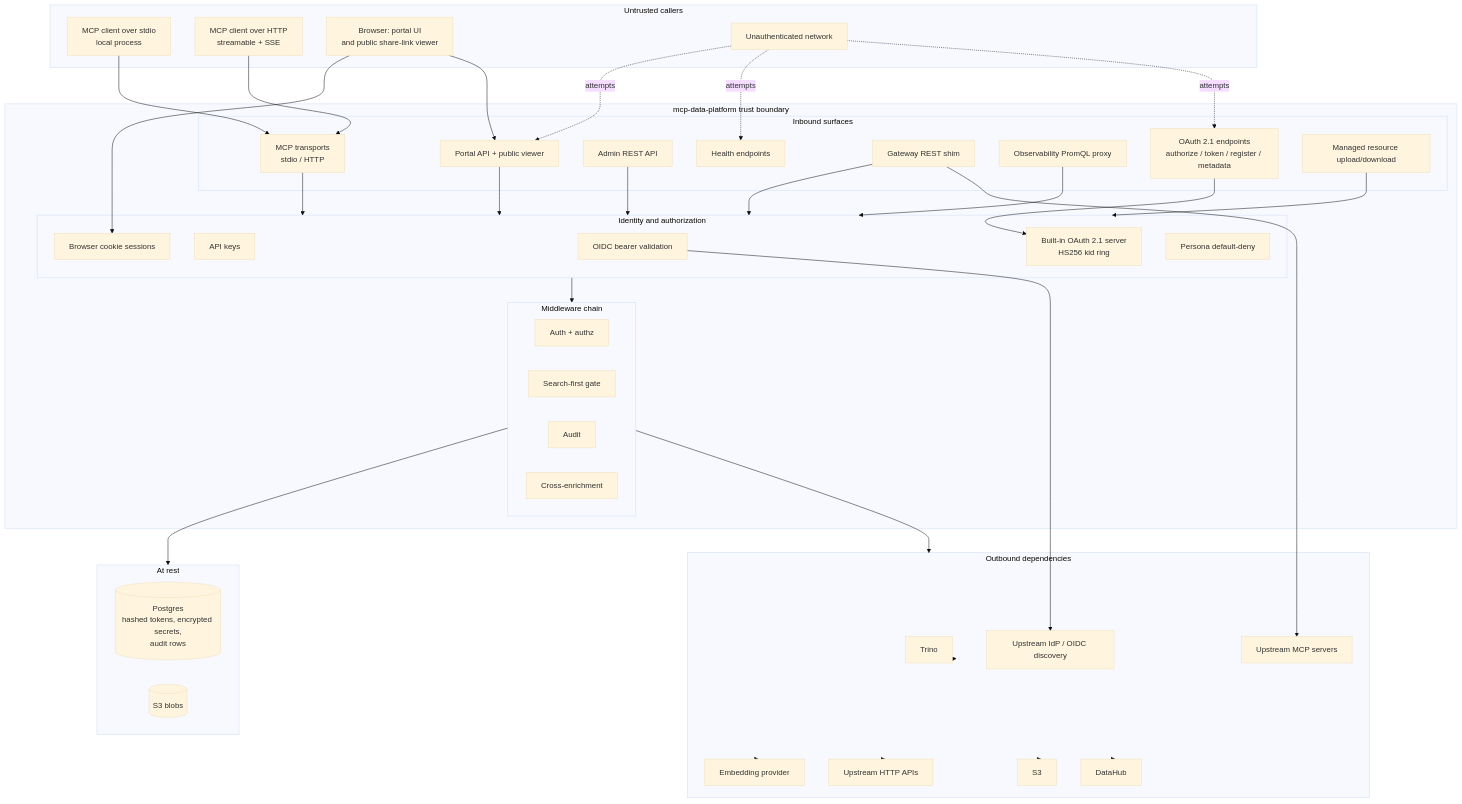
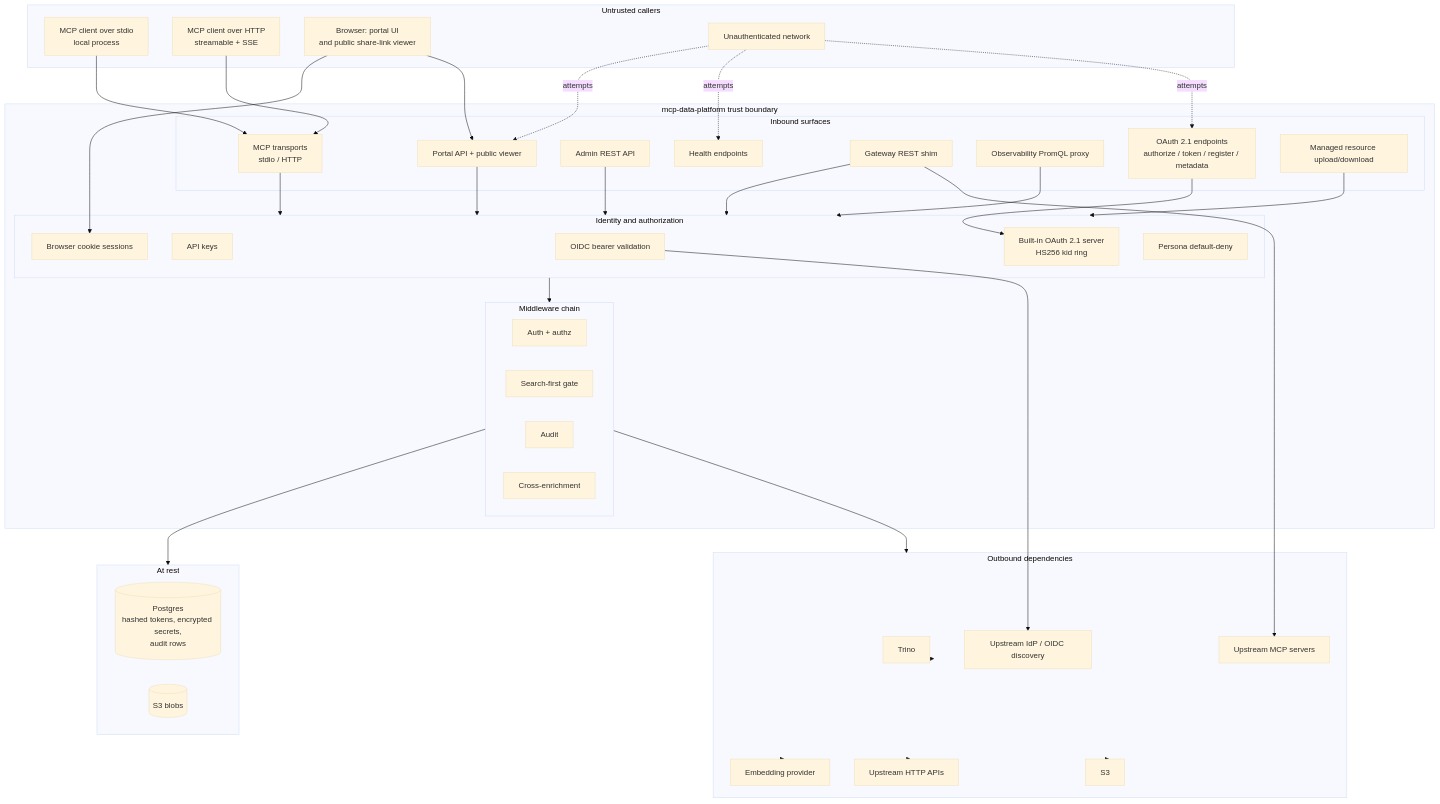
Before and after one commit to txn2/mcp-data-platform: the diagram in docs/security/threat-model.md, drawn with Mermaid (base theme). The commit also changed other lines of this file and 746 other files, not shown here.

First line of the commit message:
feat(catalog): portal catalog, search/fetch reads, DataHub removed (#1916) (#2123)

````diff
--- a/docs/security/threat-model.md
+++ b/docs/security/threat-model.md
@@ -42,80 +42,78 @@
 ```mermaid
 graph TB
     subgraph Callers[Untrusted callers]
         StdioClient[MCP client over stdio<br/>local process]
         HTTPClient[MCP client over HTTP<br/>streamable + SSE]
         Browser[Browser: portal UI<br/>and public share-link viewer]
         NetAttacker[Unauthenticated network]
     end
 
     subgraph Platform[mcp-data-platform trust boundary]
         subgraph Inbound[Inbound surfaces]
             Transport[MCP transports<br/>stdio / HTTP]
             OAuthEP[OAuth 2.1 endpoints<br/>authorize / token / register / metadata]
             AdminAPI[Admin REST API]
             PortalAPI[Portal API + public viewer]
             GatewayHTTP[Gateway REST shim]
             ObsProxy[Observability PromQL proxy]
             Health[Health endpoints]
             Resources[Managed resource upload/download]
         end
 
         subgraph Identity[Identity and authorization]
             OIDC[OIDC bearer validation]
             APIKeys[API keys]
             OAuthSrv[Built-in OAuth 2.1 server<br/>HS256 kid ring]
             Cookies[Browser cookie sessions]
             Persona[Persona default-deny]
         end
 
         subgraph Chain[Middleware chain]
             AuthMW[Auth + authz]
             GateMW[Search-first gate]
             AuditMW[Audit]
             EnrichMW[Cross-enrichment]
         end
     end
 
     subgraph AtRest[At rest]
         PG[(Postgres<br/>hashed tokens, encrypted secrets,<br/>audit rows)]
         Blobs[(S3 blobs)]
     end
 
     subgraph Outbound[Outbound dependencies]
         Trino[Trino]
-        DataHub[DataHub]
         S3[S3]
         UpstreamMCP[Upstream MCP servers]
         UpstreamAPI[Upstream HTTP APIs]
         IdP[Upstream IdP / OIDC discovery]
         Embed[Embedding provider]
     end
 
     StdioClient --> Transport
     HTTPClient --> Transport
     Browser --> PortalAPI
     Browser --> Cookies
     NetAttacker -.attempts.-> OAuthEP
     NetAttacker -.attempts.-> Health
     NetAttacker -.attempts.-> PortalAPI
 
     Transport --> Identity
     OAuthEP --> OAuthSrv
     AdminAPI --> Identity
     PortalAPI --> Identity
     GatewayHTTP --> Identity
     ObsProxy --> Identity
     Resources --> Identity
 
     Identity --> Chain
     OIDC --> IdP
     Chain --> Outbound
     Chain --> AtRest
 
     GatewayHTTP --> UpstreamMCP
     Outbound --> Trino
-    Outbound --> DataHub
     Outbound --> S3
     Outbound --> UpstreamAPI
     Outbound --> Embed
 ```
````
